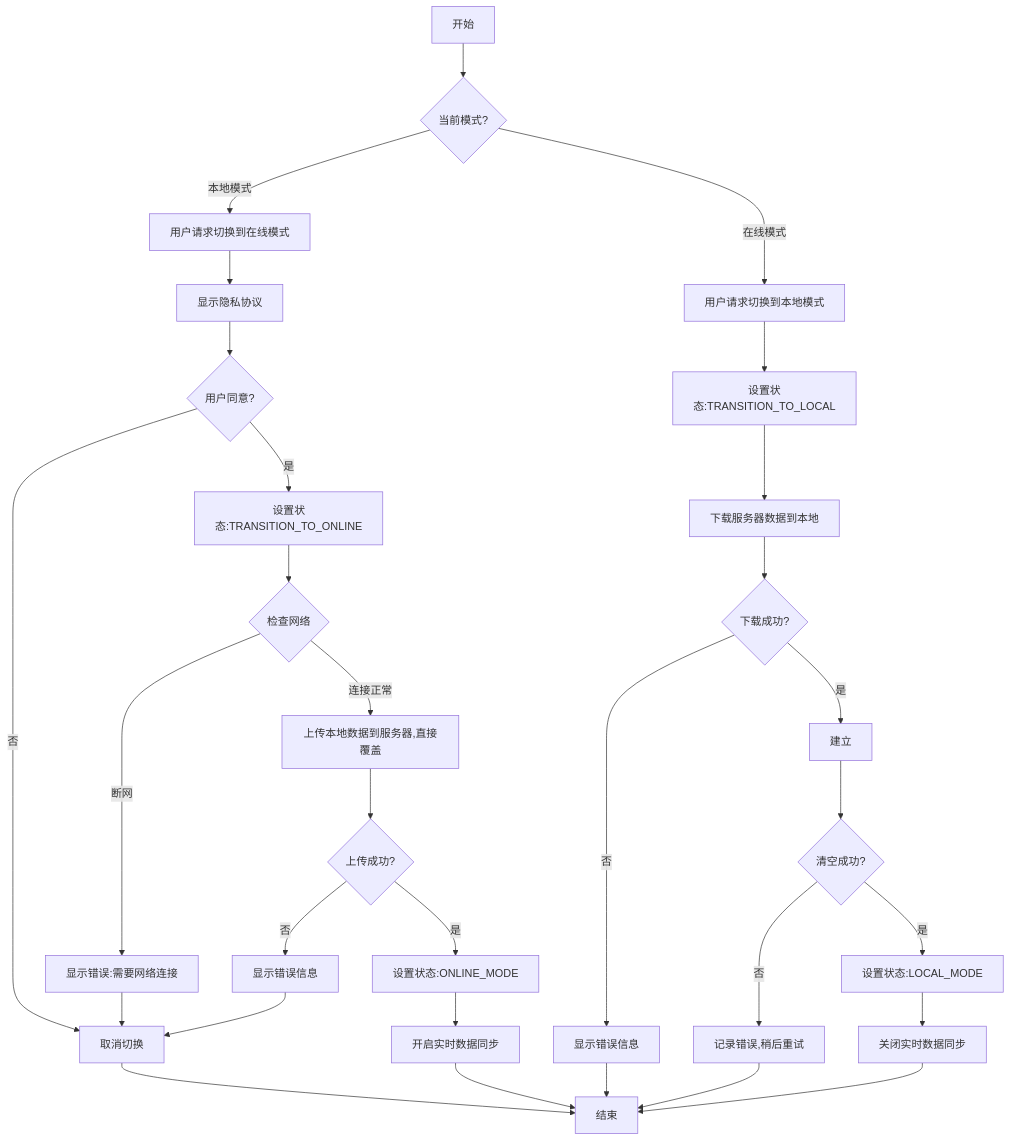
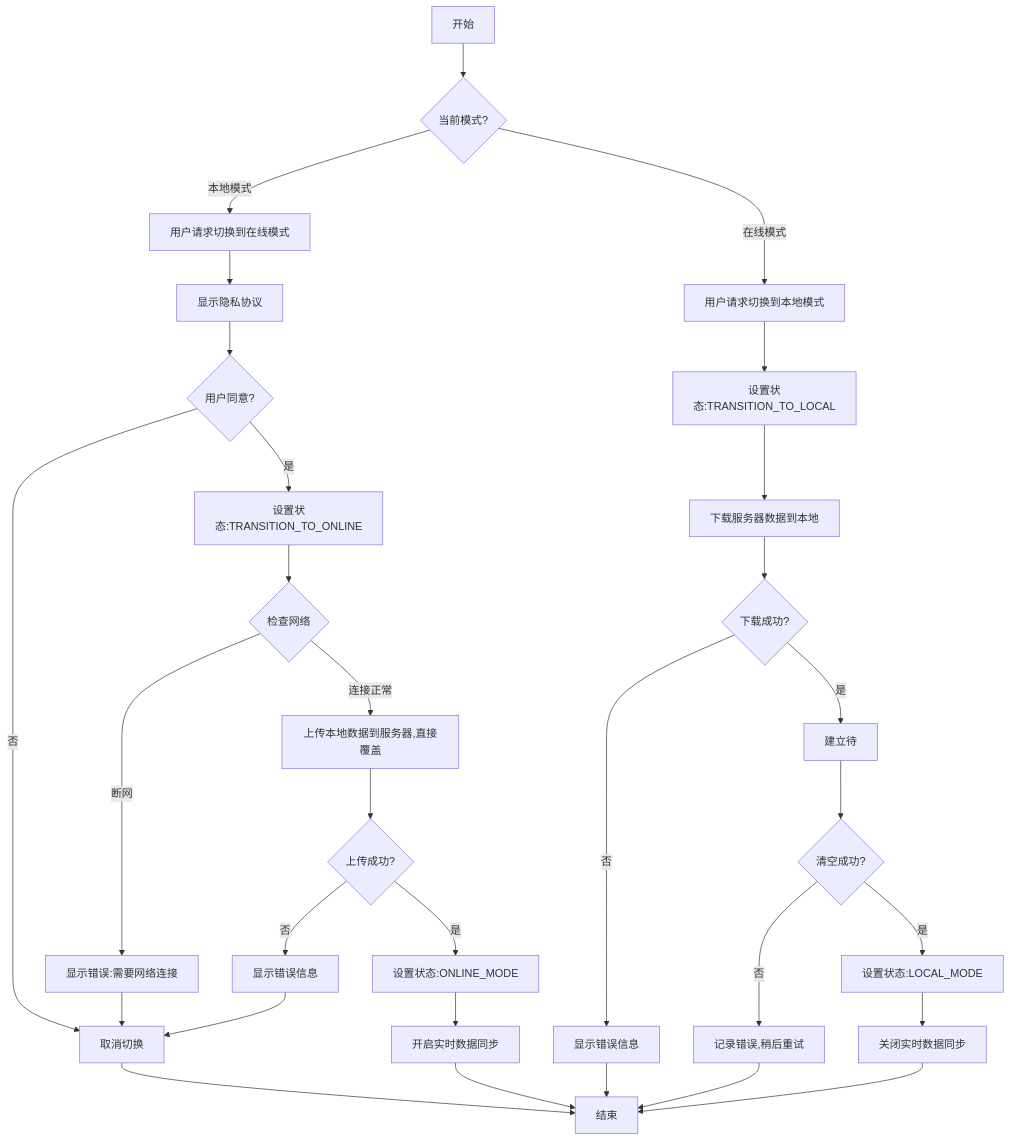
The diagram in all/未命名-50.md (yingjianzh/iodraw-files), drawn with Mermaid before and after one commit.

Commit message:
2025-05-08 16:13:09 update

````diff
--- a/all/未命名-50.md
+++ b/all/未命名-50.md
@@ -1,37 +1,37 @@
 ```mermaid
 
 flowchart TD
     A[开始] --> B{当前模式?}
     
     B -->|本地模式| C[用户请求切换到在线模式]
     C --> F[显示隐私协议]
     F --> G{用户同意?}
     G -->|否| H[取消切换]
     H --> Z[结束]
     G -->|是| I[设置状态:TRANSITION_TO_ONLINE]
     I --> J{检查网络}
     J -->|断网| K[显示错误:需要网络连接]
     K --> H
     J -->|连接正常| O[上传本地数据到服务器,直接覆盖]
     O --> P{上传成功?}
     P -->|否| Q[显示错误信息]
     Q --> H
     P -->|是| R[设置状态:ONLINE_MODE]
     R --> S[开启实时数据同步]
     S --> Z
     
     B -->|在线模式| T[用户请求切换到本地模式]
     T --> U[设置状态:TRANSITION_TO_LOCAL]
     U --> X[下载服务器数据到本地]
     X --> Y{下载成功?}
     Y -->|否| AA2[显示错误信息]
     AA2 --> Z
-    Y -->|是| AB2[建立]
+    Y -->|是| AB2[建立待]
     AB2 --> AC2{清空成功?}
     AC2 -->|否| AD2[记录错误,稍后重试]
     AD2 --> Z
     AC2 -->|是| AE[设置状态:LOCAL_MODE]
     AE --> AF[关闭实时数据同步]
     AF --> Z
 
 ```
````
